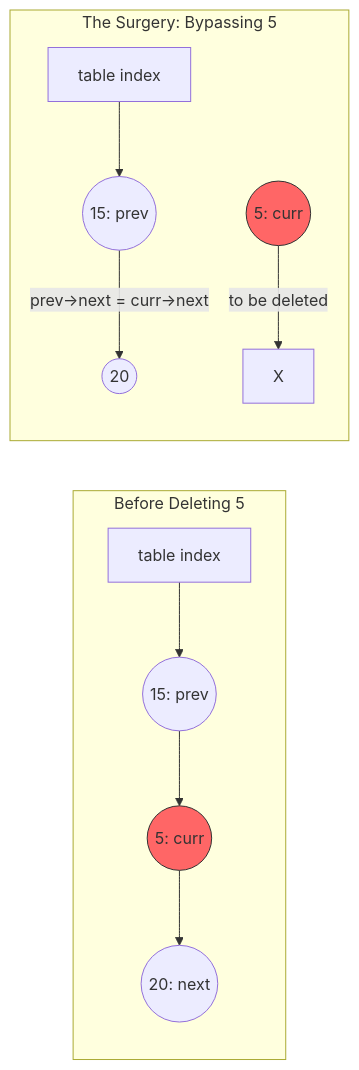
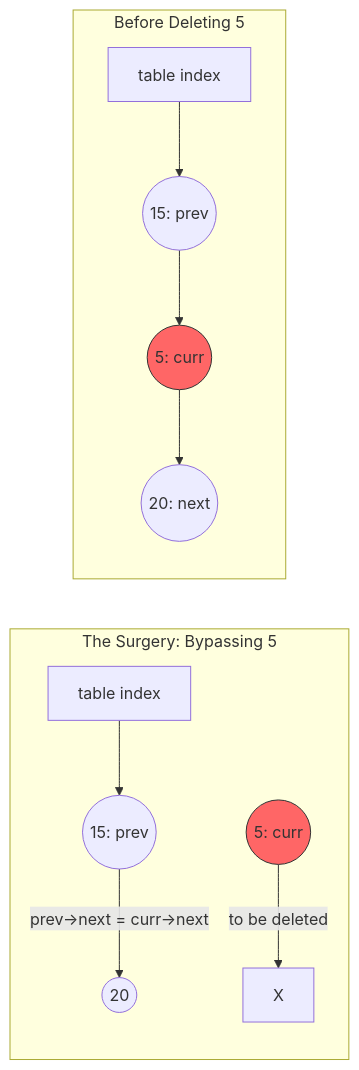
The ninth of 13 diagrams in Data Structure/Hash Table - lecture codes.md (muhammad-khaled-tech/My-Study-Notes), drawn with Mermaid before and after one commit. The commit also changed other lines of this file and 1 other file, not shown here.

````diff
--- a/Data Structure/Hash Table - lecture codes.md
+++ b/Data Structure/Hash Table - lecture codes.md
@@ -708,17 +705,20 @@
 ```mermaid
 graph LR
+
+    subgraph "The Surgery: Bypassing 5"
+    T2[table index] --> N15_2((15: prev))
+    N15_2 -- "prev->next = curr->next" --> N20_2((20))
+    N5_2((5: curr)) -- "to be deleted" --> X[X]
+    end
+    
     subgraph "Before Deleting 5"
     T[table index] --> N15((15: prev))
     N15 --> N5((5: curr))
     N5 --> N20((20: next))
     end
 
-    subgraph "The Surgery: Bypassing 5"
-    T2[table index] --> N15_2((15: prev))
-    N15_2 -- "prev->next = curr->next" --> N20_2((20))
-    N5_2((5: curr)) -- "to be deleted" --> X[X]
-    end
+
 
     style N5 fill:#f66,stroke:#333
     style N5_2 fill:#f66,stroke:#333
 ```
````
